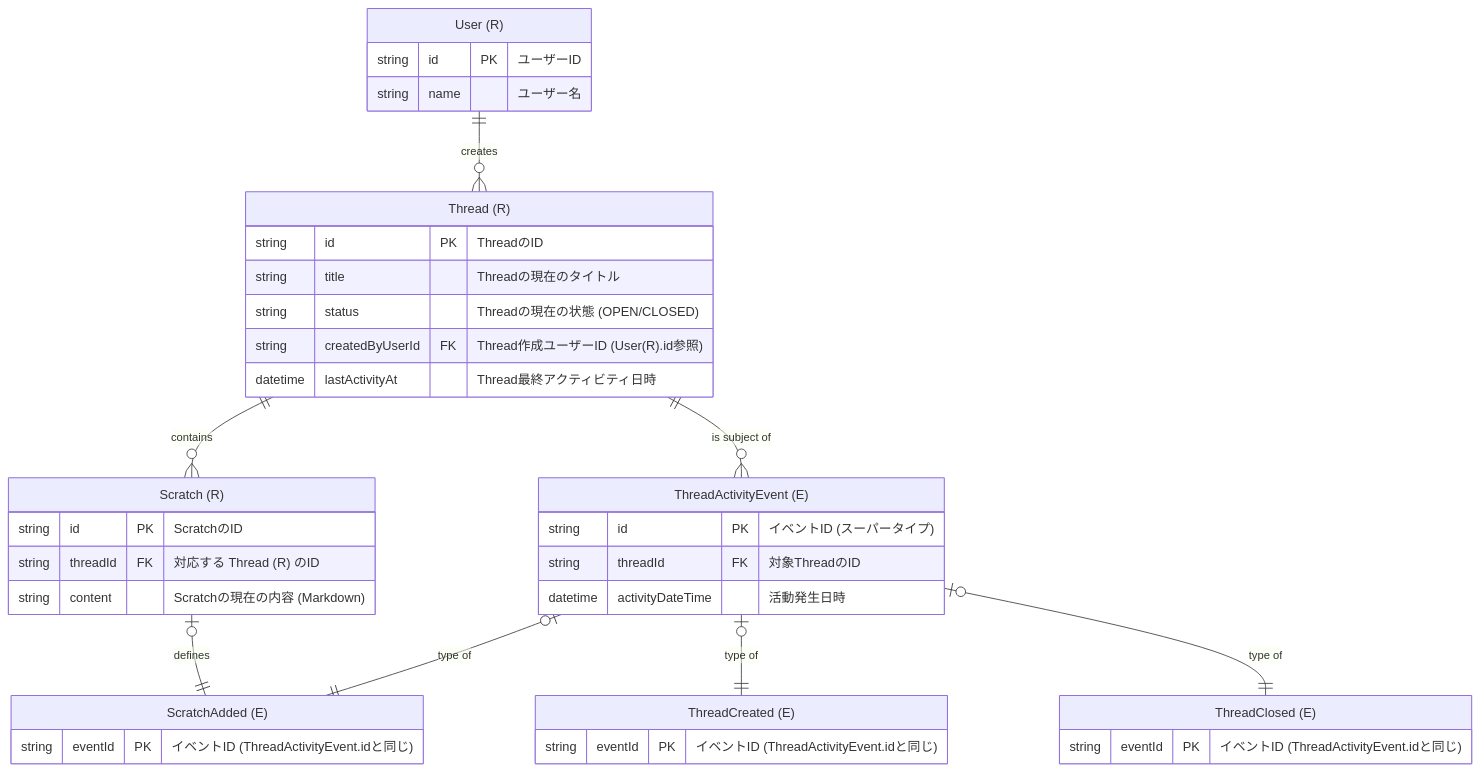
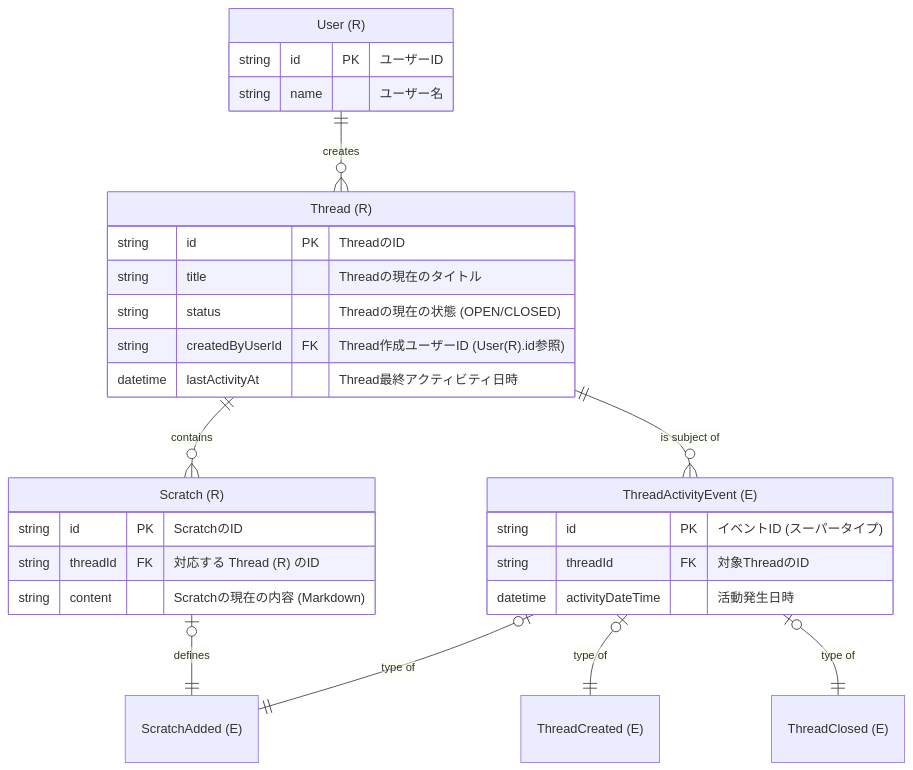
One commit to ysato/Ysato.Scrawl.Docs changed the diagram in data-model.mmd. Above: the diagram before and after it, drawn with Mermaid.

Commit message:
fix: remove redundant eventId field from ThreadCreated, ScratchAdded, and ThreadClosed events in data model

```diff
--- a/data-model.mmd
+++ b/data-model.mmd
@@ -1,45 +1,42 @@
 erDiagram
     "User (R)" {
         string id PK "ユーザーID"
         string name "ユーザー名"
     }
 
     "Thread (R)" {
         string id PK "ThreadのID"
         string title "Threadの現在のタイトル"
         string status "Threadの現在の状態 (OPEN/CLOSED)"
         string createdByUserId FK "Thread作成ユーザーID (User(R).id参照)"
         datetime lastActivityAt "Thread最終アクティビティ日時"
     }
 
     "Scratch (R)" {
         string id PK "ScratchのID"
         string threadId FK "対応する Thread (R) のID"
         string content "Scratchの現在の内容 (Markdown)"
     }
 
     "ThreadActivityEvent (E)" {
         string id PK "イベントID (スーパータイプ)"
         string threadId FK "対象ThreadのID"
         datetime activityDateTime "活動発生日時"
     }
 
     "ThreadCreated (E)" {
-        string eventId PK "イベントID (ThreadActivityEvent.idと同じ)"
     }
 
     "ScratchAdded (E)" {
-        string eventId PK "イベントID (ThreadActivityEvent.idと同じ)"
     }
 
     "ThreadClosed (E)" {
-        string eventId PK "イベントID (ThreadActivityEvent.idと同じ)"
     }
 
     "User (R)" ||--o{ "Thread (R)": "creates"
     "Thread (R)" ||--o{ "Scratch (R)": "contains"
     "Thread (R)" ||--o{ "ThreadActivityEvent (E)": "is subject of"
     "Scratch (R)" o|--|| "ScratchAdded (E)": "defines"
     "ThreadActivityEvent (E)" o|--|| "ThreadCreated (E)": "type of"
     "ThreadActivityEvent (E)" o|--|| "ScratchAdded (E)": "type of"
     "ThreadActivityEvent (E)" o|--|| "ThreadClosed (E)": "type of"
```
